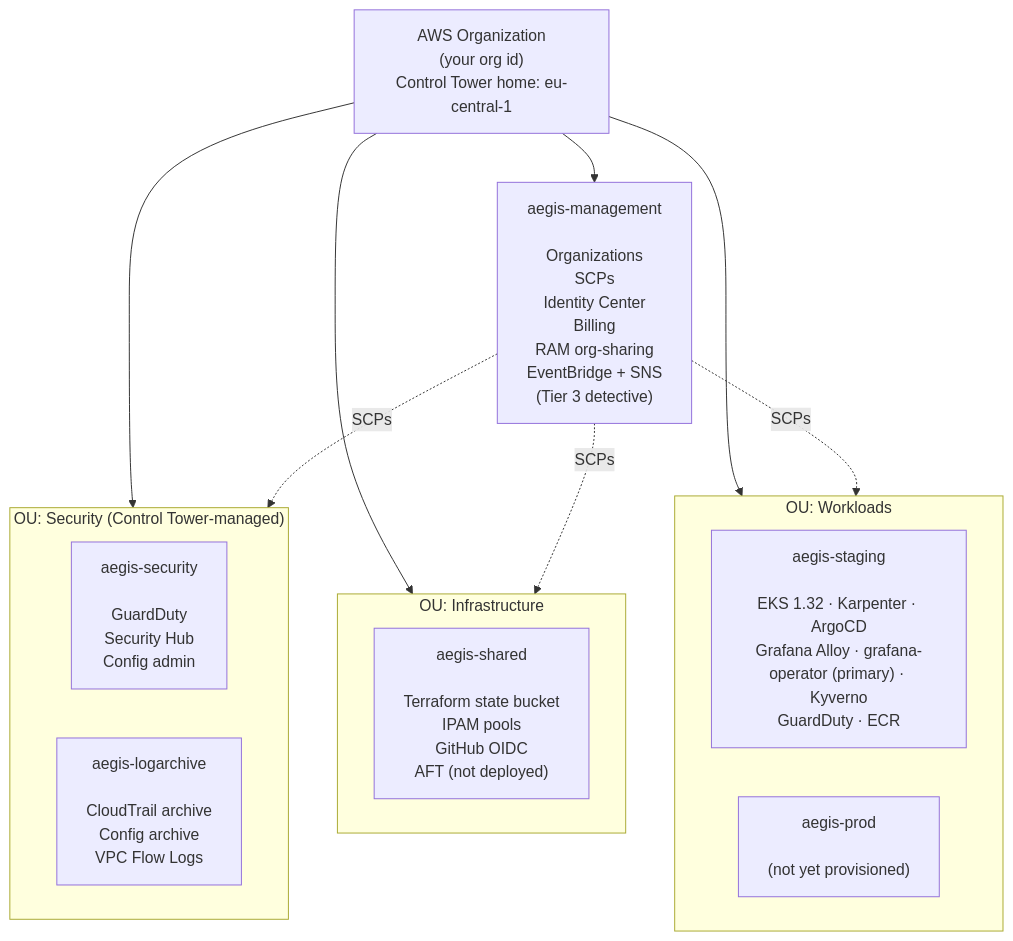
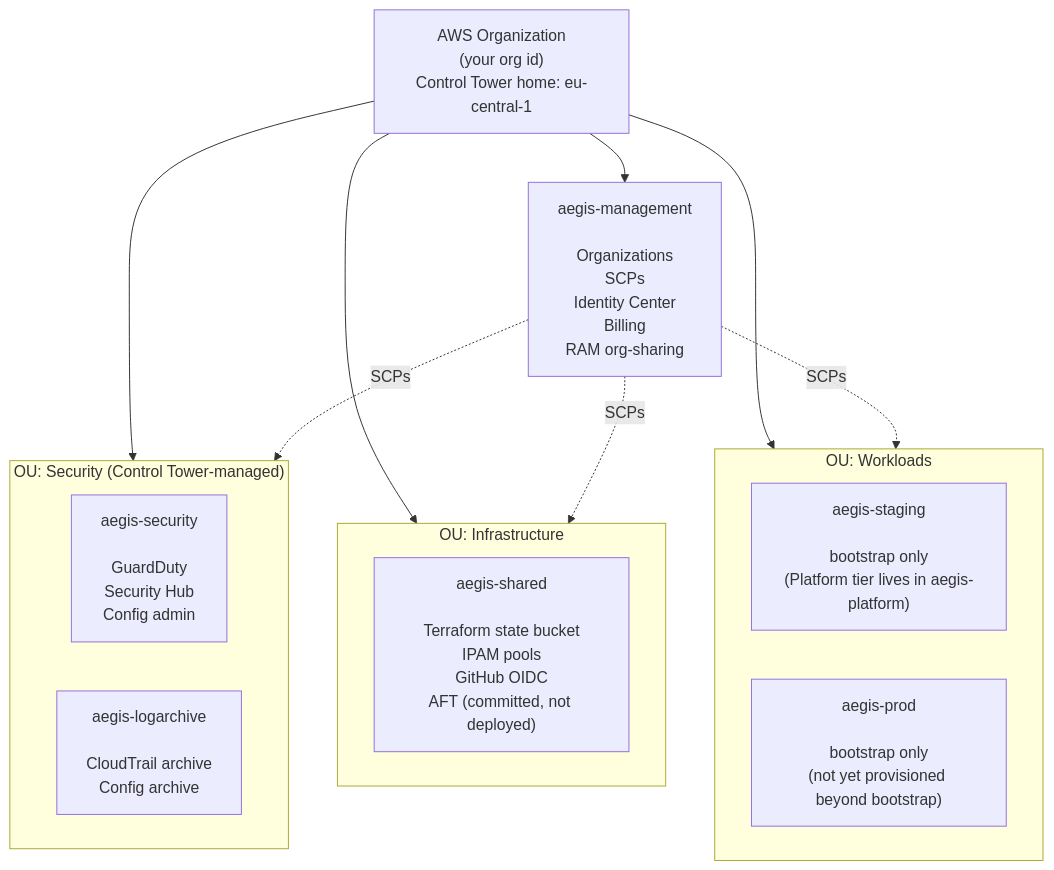
One commit to BinHsu/aegis-aws-landing-zone changed the first of 5 diagrams in docs/architecture.md. Above: the diagram before and after it, drawn with Mermaid. The commit also changed other lines of this file and 200 other files, not shown here.

````diff
--- a/docs/architecture.md
+++ b/docs/architecture.md
@@ -14,28 +16,28 @@
 ```mermaid
 flowchart TB
   Org["AWS Organization<br/>(your org id)<br/>Control Tower home: eu-central-1"]
 
-  Mgmt["aegis-management<br/><br/>Organizations<br/>SCPs<br/>Identity Center<br/>Billing<br/>RAM org-sharing<br/>EventBridge + SNS<br/>(Tier 3 detective)"]
+  Mgmt["aegis-management<br/><br/>Organizations<br/>SCPs<br/>Identity Center<br/>Billing<br/>RAM org-sharing"]
 
   subgraph Security["OU: Security (Control Tower-managed)"]
     Sec["aegis-security<br/><br/>GuardDuty<br/>Security Hub<br/>Config admin"]
-    Log["aegis-logarchive<br/><br/>CloudTrail archive<br/>Config archive<br/>VPC Flow Logs"]
+    Log["aegis-logarchive<br/><br/>CloudTrail archive<br/>Config archive"]
   end
 
   subgraph Infra["OU: Infrastructure"]
-    Shared["aegis-shared<br/><br/>Terraform state bucket<br/>IPAM pools<br/>GitHub OIDC<br/>AFT (not deployed)"]
+    Shared["aegis-shared<br/><br/>Terraform state bucket<br/>IPAM pools<br/>GitHub OIDC<br/>AFT (committed, not deployed)"]
   end
 
   subgraph Work["OU: Workloads"]
-    Stg["aegis-staging<br/><br/>EKS 1.32 · Karpenter · ArgoCD<br/>Grafana Alloy · grafana-operator (primary) · Kyverno<br/>GuardDuty · ECR"]
-    Prd["aegis-prod<br/><br/>(not yet provisioned)"]
+    Stg["aegis-staging<br/><br/>bootstrap only<br/>(Platform tier lives in aegis-platform)"]
+    Prd["aegis-prod<br/><br/>bootstrap only<br/>(not yet provisioned beyond bootstrap)"]
   end
 
   Org --> Mgmt
   Org --> Security
   Org --> Infra
   Org --> Work
   Mgmt -. SCPs .-> Security
   Mgmt -. SCPs .-> Infra
   Mgmt -. SCPs .-> Work
 ```
````
